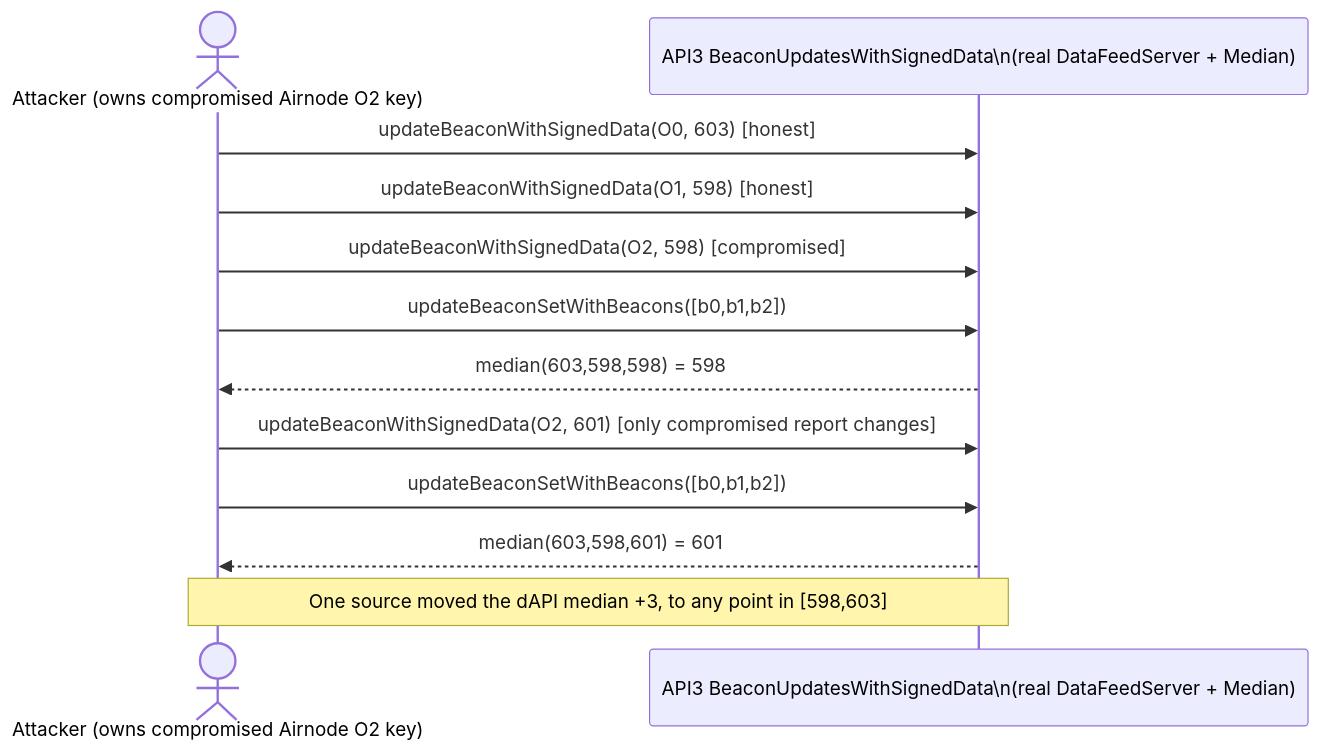
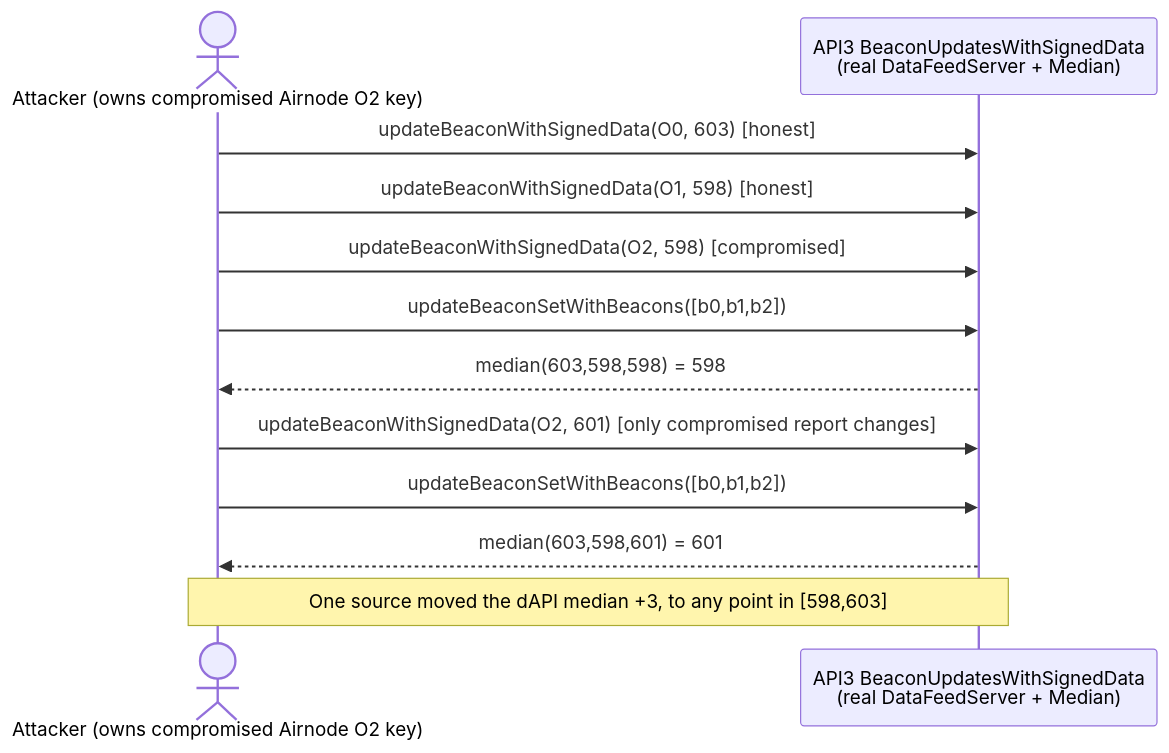
Before and after one commit to sanbir/evm-hack-registry: the diagram in 17624-compromise-of-a-single-oracle-enables-limited-control-of-the_exp/17624-compromise-of-a-single-oracle-enables-limited-control-of-the_exp.md, drawn with Mermaid. The commit also changed 23 other files, not shown here.

````diff
--- a/17624-compromise-of-a-single-oracle-enables-limited-control-of-the_exp/17624-compromise-of-a-single-oracle-enables-limited-control-of-the_exp.md
+++ b/17624-compromise-of-a-single-oracle-enables-limited-control-of-the_exp/17624-compromise-of-a-single-oracle-enables-limited-control-of-the_exp.md
@@ -94,14 +94,14 @@
 ```mermaid
 sequenceDiagram
     actor Eve as Attacker (owns compromised Airnode O2 key)
-    participant S as API3 BeaconUpdatesWithSignedData\n(real DataFeedServer + Median)
+    participant S as API3 BeaconUpdatesWithSignedData<br/>(real DataFeedServer + Median)
     Eve->>S: updateBeaconWithSignedData(O0, 603) [honest]
     Eve->>S: updateBeaconWithSignedData(O1, 598) [honest]
     Eve->>S: updateBeaconWithSignedData(O2, 598) [compromised]
     Eve->>S: updateBeaconSetWithBeacons([b0,b1,b2])
     S-->>Eve: median(603,598,598) = 598
     Eve->>S: updateBeaconWithSignedData(O2, 601) [only compromised report changes]
     Eve->>S: updateBeaconSetWithBeacons([b0,b1,b2])
     S-->>Eve: median(603,598,601) = 601
     Note over Eve,S: One source moved the dAPI median +3, to any point in [598,603]
 ```
````
